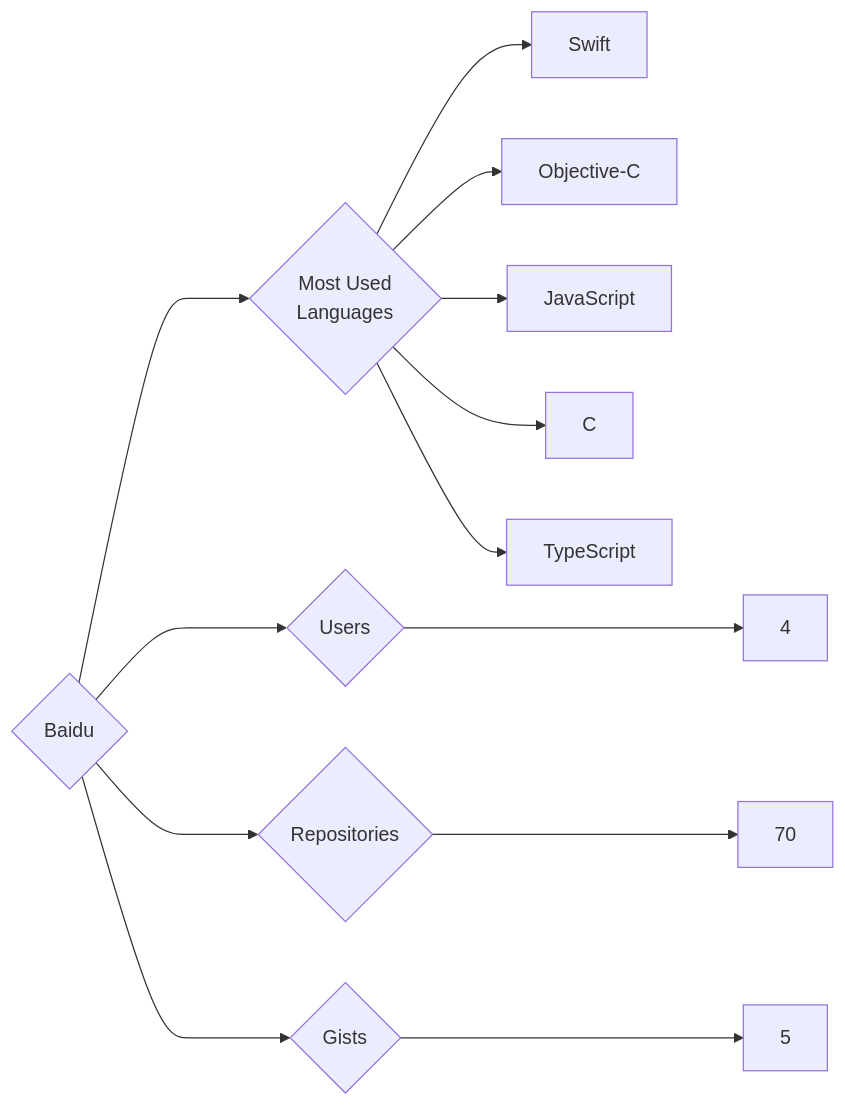
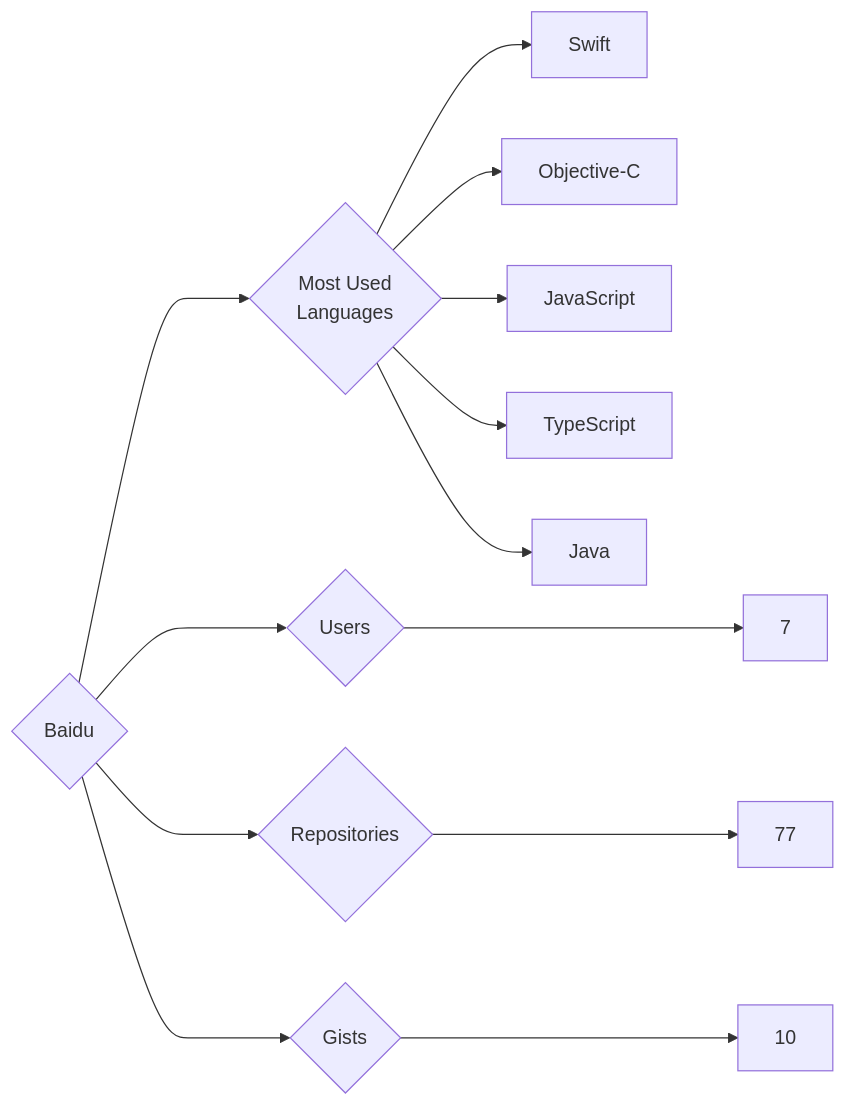
One commit to trickest/insiders changed the diagram in targets/Baidu/README.md. Above: the diagram before and after it, drawn with Mermaid. The commit also changed 559 other files, not shown here.

````diff
--- a/targets/Baidu/README.md
+++ b/targets/Baidu/README.md
@@ -3,13 +3,13 @@
 ```mermaid
 graph LR
 COMPANY_NAME{Baidu}
-COMPANY_NAME ---> U{Users} ---> UN[4]
-COMPANY_NAME ---> R{Repositories} ---> RN[70]
-COMPANY_NAME ---> G{Gists} ---> GN[5]
+COMPANY_NAME ---> U{Users} ---> UN[7]
+COMPANY_NAME ---> R{Repositories} ---> RN[77]
+COMPANY_NAME ---> G{Gists} ---> GN[10]
 COMPANY_NAME ---> ML{Most Used<br>Languages}
 ML --> Swift[Swift]
 ML --> Objective-C[Objective-C]
 ML --> JavaScript[JavaScript]
-ML --> C[C]
 ML --> TypeScript[TypeScript]
+ML --> Java[Java]
 ```
````
